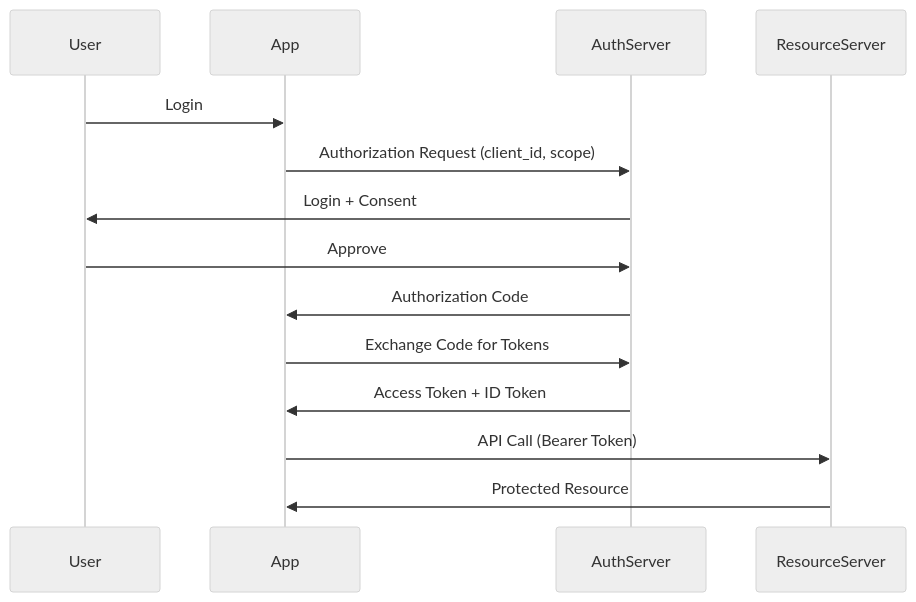
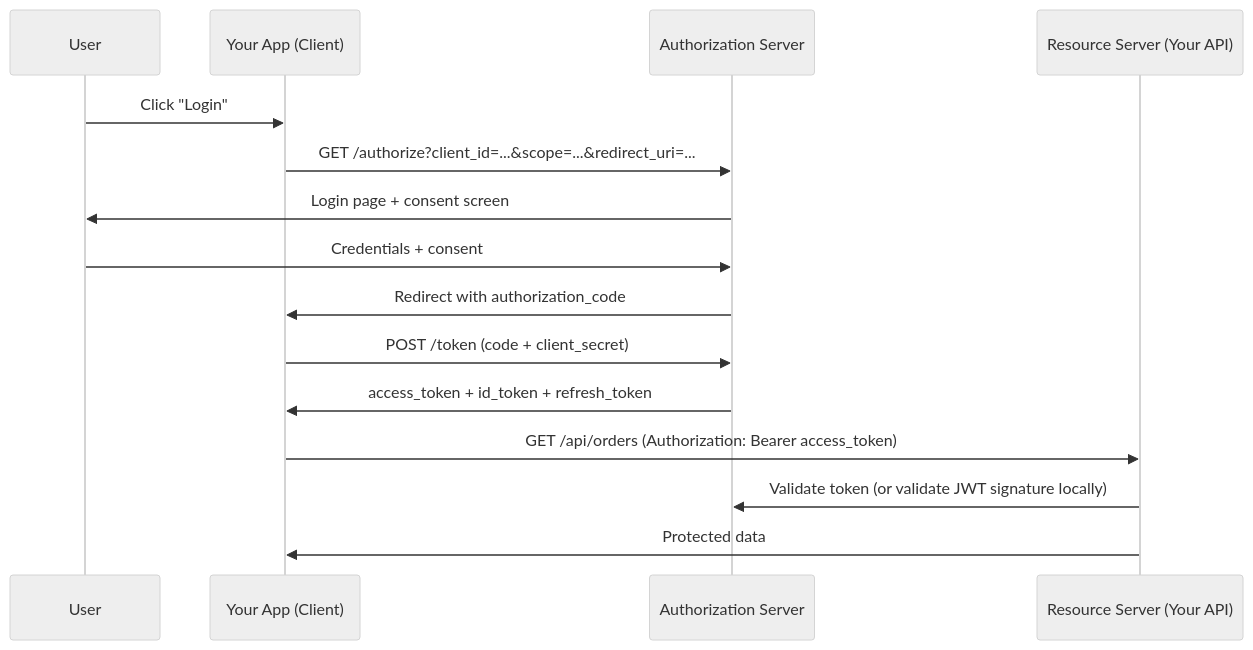
One commit to jether2011/interview-questions changed the first of 2 diagrams in spring-boot.md. Above: the diagram before and after it, drawn with Mermaid (neutral theme). The commit also changed other lines of this file and 13 other files, not shown here.

````diff
--- a/spring-boot.md
+++ b/spring-boot.md
@@ -213,17 +429,18 @@
 ```mermaid
 sequenceDiagram
     participant User
-    participant App
-    participant AuthServer
-    participant ResourceServer
+    participant App as Your App (Client)
+    participant AS as Authorization Server
+    participant API as Resource Server (Your API)
 
-    User->>App: Login
-    App->>AuthServer: Authorization Request (client_id, scope)
-    AuthServer->>User: Login + Consent
-    User->>AuthServer: Approve
-    AuthServer->>App: Authorization Code
-    App->>AuthServer: Exchange Code for Tokens
-    AuthServer->>App: Access Token + ID Token
-    App->>ResourceServer: API Call (Bearer Token)
-    ResourceServer->>App: Protected Resource
+    User->>App: Click "Login"
+    App->>AS: GET /authorize?client_id=...&scope=...&redirect_uri=...
+    AS->>User: Login page + consent screen
+    User->>AS: Credentials + consent
+    AS->>App: Redirect with authorization_code
+    App->>AS: POST /token (code + client_secret)
+    AS->>App: access_token + id_token + refresh_token
+    App->>API: GET /api/orders (Authorization: Bearer access_token)
+    API->>AS: Validate token (or validate JWT signature locally)
+    API->>App: Protected data
 ```
````
